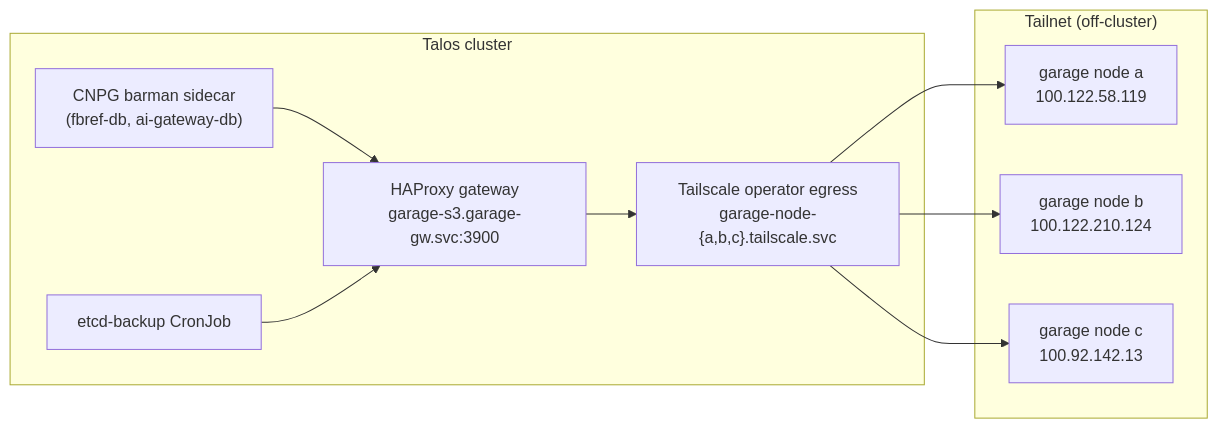
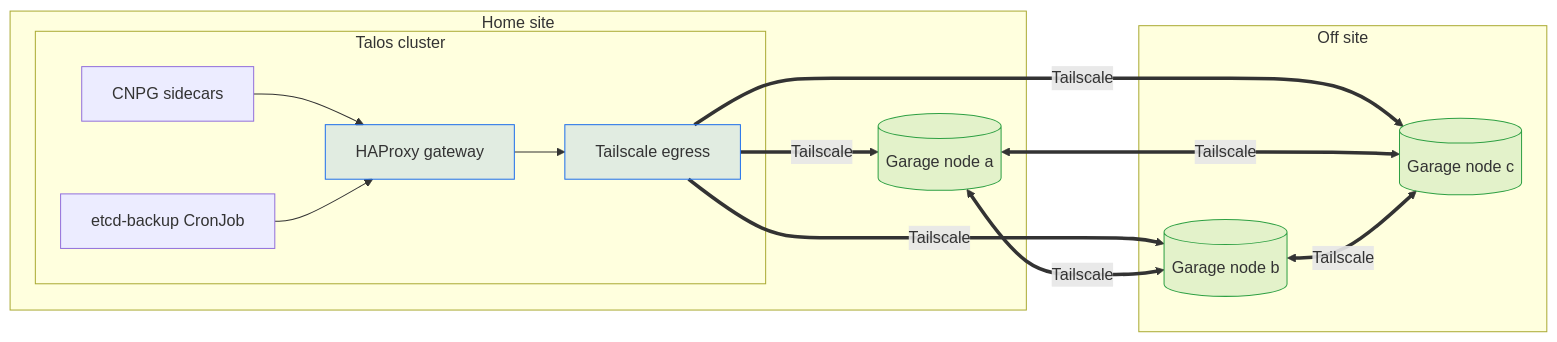
The diagram in documentations/12-garage-object-storage.md (eliorion/homelab_v1), drawn with Mermaid before and after one commit. The commit also changed other lines of this file, not shown here.

Commit message:
docs(garage): draw the off-site topology, and drop the glued labels
The topology diagram called the three nodes "tailnet (off-cluster)" and
said nothing about where they are. Two of the three are off site, on
NixOS, joined only by Tailscale — which is the property that makes them
worth anything when the room the cluster lives in burns.

Node labels lose their <br/> for the same reason as the README: the tag
renders as one glued word wherever it is not parsed. IPs move to a table
that also carries the placement, and the diagram gains the node-to-node
Tailscale mesh it was missing.

Claude-Session: https://claude.ai/code/session_016jMF2kNbV7F6i1HFYhYCwB

````diff
--- a/documentations/12-garage-object-storage.md
+++ b/documentations/12-garage-object-storage.md
@@ -15,20 +16,30 @@
 ```mermaid
 graph LR
-  subgraph k8s["Talos cluster"]
-    cnpg["CNPG barman sidecar<br/>(fbref-db, ai-gateway-db)"]
-    etcd["etcd-backup CronJob"]
-    hap["HAProxy gateway<br/>garage-s3.garage-gw.svc:3900"]
-    egr["Tailscale operator egress<br/>garage-node-{a,b,c}.tailscale.svc"]
+  subgraph home["Home site"]
+    subgraph k8s["Talos cluster"]
+      cnpg["CNPG sidecars"]
+      etcd["etcd-backup CronJob"]
+      hap["HAProxy gateway"]
+      egr["Tailscale egress"]
+    end
+    ga[("Garage node a")]
   end
-  subgraph tailnet["Tailnet (off-cluster)"]
-    ga["garage node a<br/>100.122.58.119"]
-    gb["garage node b<br/>100.122.210.124"]
-    gc["garage node c<br/>100.92.142.13"]
+  subgraph offsite["Off site"]
+    gb[("Garage node b")]
+    gc[("Garage node c")]
   end
   cnpg --> hap
   etcd --> hap
   hap --> egr
-  egr --> ga
-  egr --> gb
-  egr --> gc
+  egr ==>|Tailscale| ga
+  egr ==>|Tailscale| gb
+  egr ==>|Tailscale| gc
+  ga <==>|Tailscale| gb
+  ga <==>|Tailscale| gc
+  gb <==>|Tailscale| gc
+
+  classDef store fill:#2ea04322,stroke:#2ea043,stroke-width:1px
+  classDef gw fill:#1f6feb22,stroke:#1f6feb,stroke-width:1px
+  class ga,gb,gc store
+  class hap,egr gw
 ```
````
